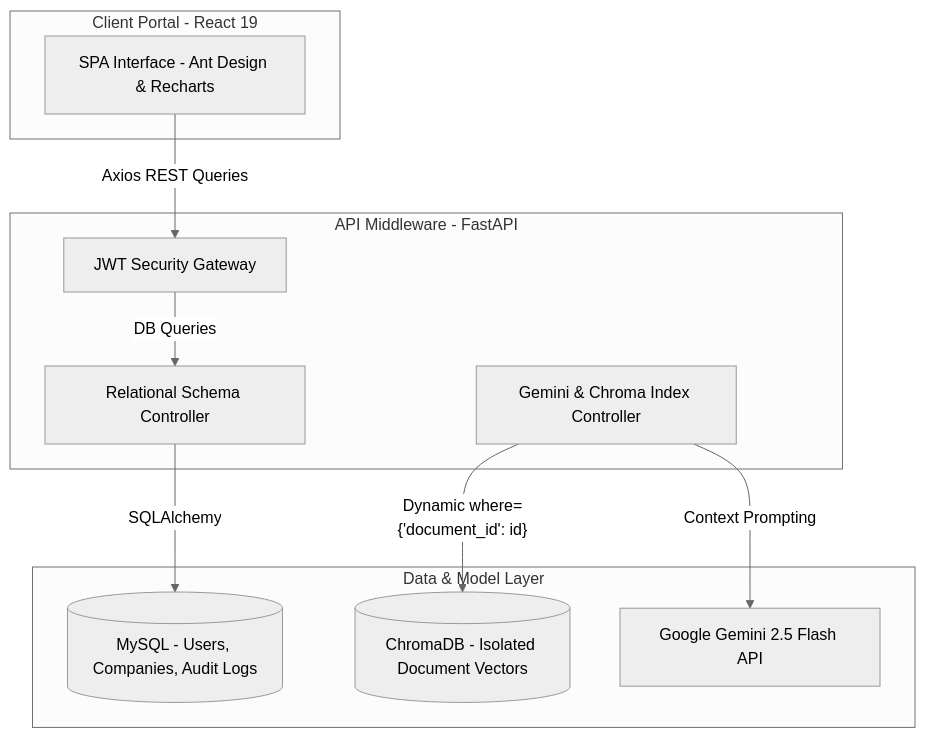
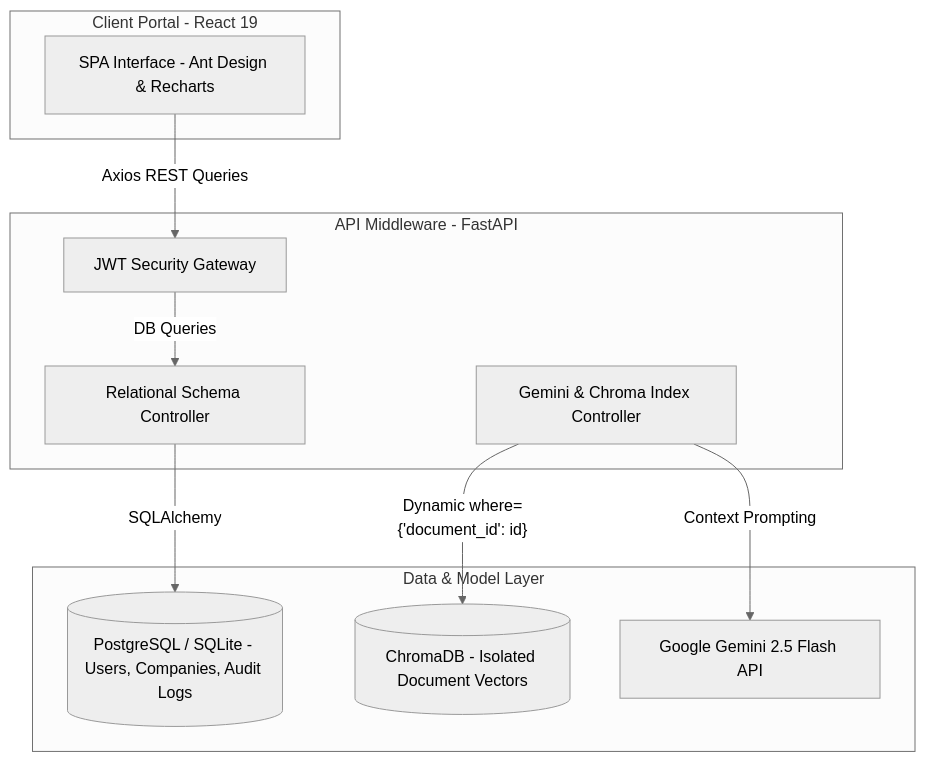
One commit to vijayendravarma111/DueDiligence-Pro-AI changed the diagram in README.md. Above: the diagram before and after it, drawn with Mermaid (neutral theme). The commit also changed other lines of this file and 11 other files, not shown here.

````diff
--- a/README.md
+++ b/README.md
@@ -13,24 +46,24 @@
 ```mermaid
 graph TD
     subgraph Client [Client Portal - React 19]
         FE[SPA Interface - Ant Design & Recharts]
     end
 
     subgraph Router [API Middleware - FastAPI]
         AUTH[JWT Security Gateway]
         DB_ROUTER[Relational Schema Controller]
         AI_ROUTER[Gemini & Chroma Index Controller]
     end
 
     subgraph Storage [Data & Model Layer]
-        MYSQL[(MySQL - Users, Companies, Audit Logs)]
+        DB[(PostgreSQL / SQLite - Users, Companies, Audit Logs)]
         CHROMA[(ChromaDB - Isolated Document Vectors)]
         GEMINI[Google Gemini 2.5 Flash API]
     end
 
     FE -->|Axios REST Queries| AUTH
     AUTH -->|DB Queries| DB_ROUTER
-    DB_ROUTER -->|SQLAlchemy| MYSQL
+    DB_ROUTER -->|SQLAlchemy| DB
     AI_ROUTER -->|"Dynamic where={'document_id': id}"| CHROMA
     AI_ROUTER -->|Context Prompting| GEMINI
 ```
````
